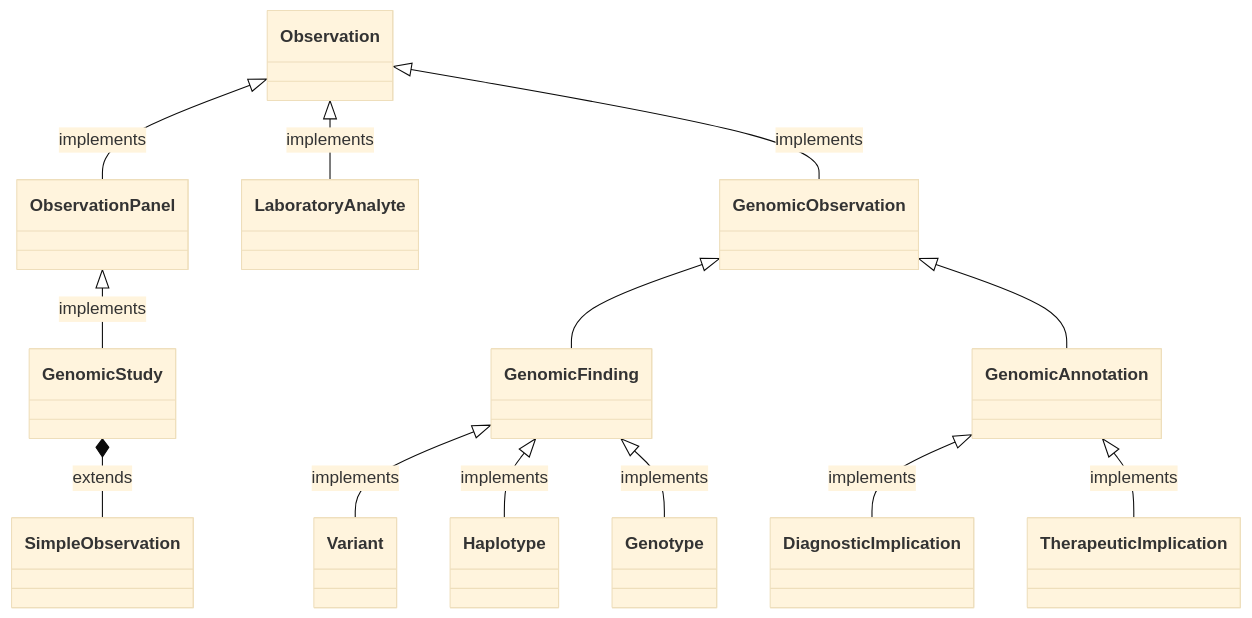
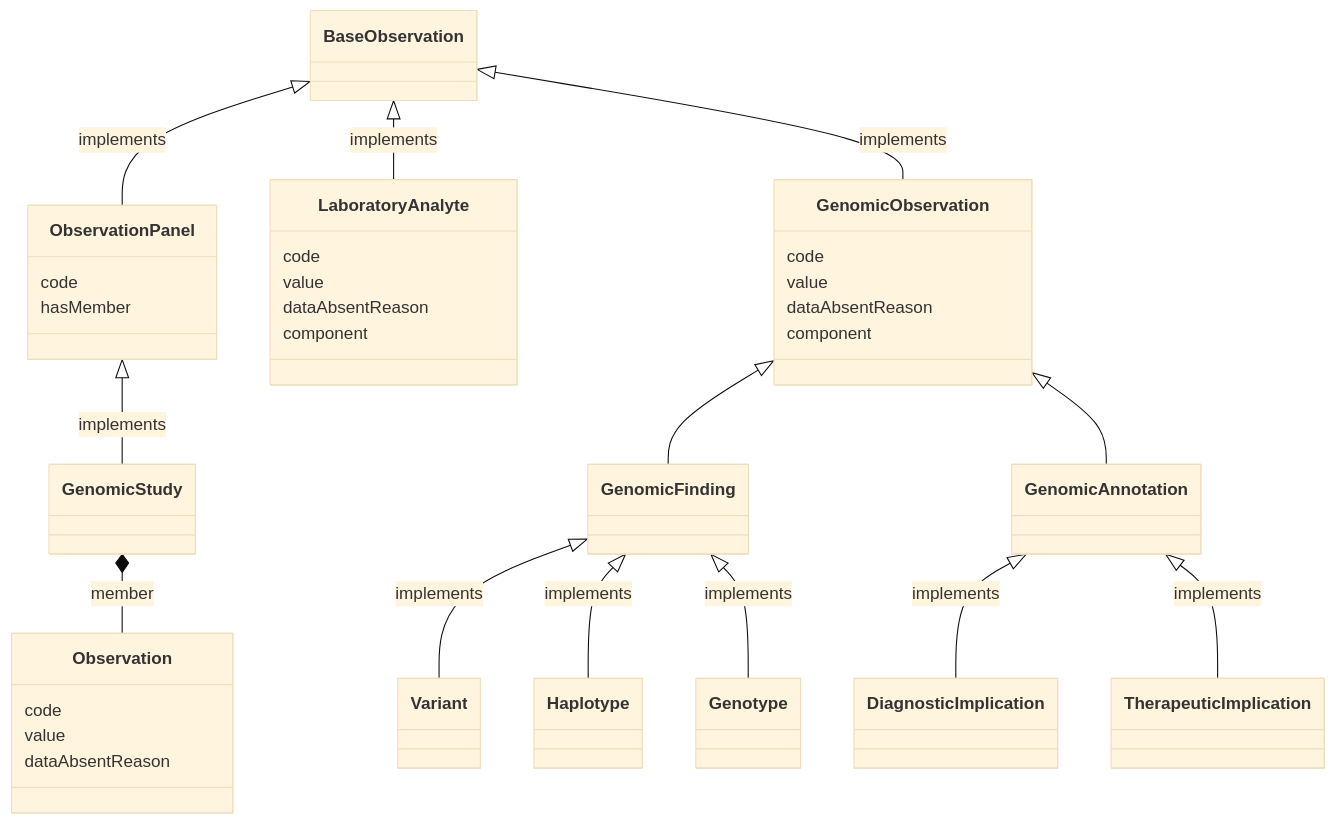
The diagram in input/pagecontent/StructureDefinition-Observation-intro.md (nw-gmsa/nw-gmsa.github.com), drawn with Mermaid (base theme) before and after one commit. The commit also changed other lines of this file and 1 other file, not shown here.

Commit message:
Overview process model

````diff
--- a/input/pagecontent/StructureDefinition-Observation-intro.md
+++ b/input/pagecontent/StructureDefinition-Observation-intro.md
@@ -11,21 +11,47 @@
 ```mermaid
 classDiagram
 
 
-Observation <|-- ObservationPanel : implements
-Observation <|-- LaboratoryAnalyte : implements
-Observation <|-- GenomicObservation : implements
+BaseObservation <|-- ObservationPanel : implements
+BaseObservation <|-- LaboratoryAnalyte : implements
+BaseObservation <|-- GenomicObservation : implements
 ObservationPanel <|-- GenomicStudy : implements
 
 GenomicObservation <|-- GenomicFinding 
 GenomicObservation <|-- GenomicAnnotation
 
 GenomicFinding <|-- Variant :implements
 GenomicFinding <|-- Haplotype :implements
 GenomicFinding <|-- Genotype :implements
 
 GenomicAnnotation <|-- DiagnosticImplication :implements
 GenomicAnnotation <|-- TherapeuticImplication :implements
 
-GenomicStudy *-- SimpleObservation : extends
+GenomicStudy *-- Observation : member
+
+class ObservationPanel {
+    code
+    hasMember
+}
+
+class Observation {
+    code
+    value
+    dataAbsentReason
+}
+
+class GenomicObservation {
+    code
+    value
+    dataAbsentReason
+    component
+}
+
+
+class LaboratoryAnalyte {
+    code
+    value
+    dataAbsentReason
+    component
+}
 ```
````
